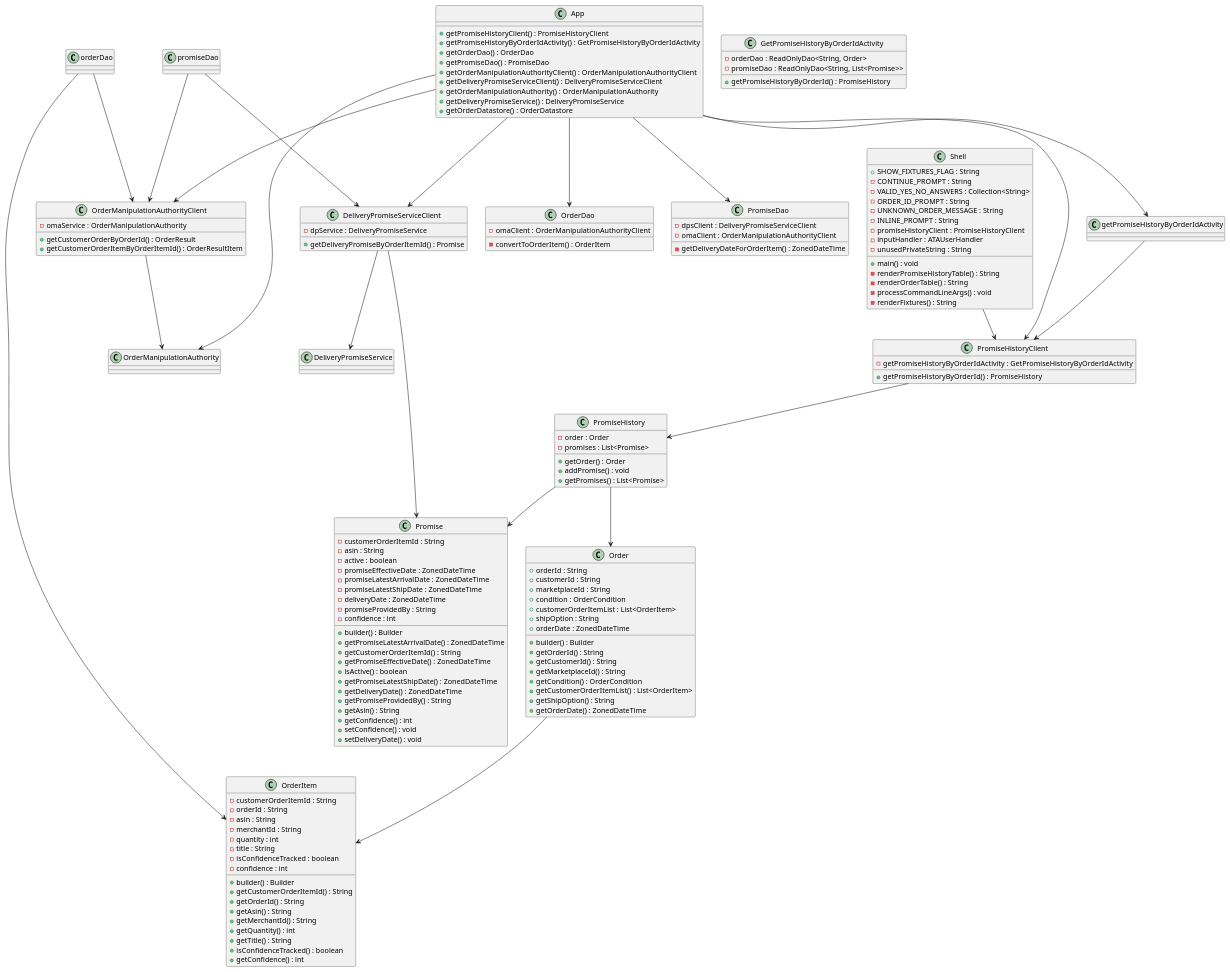
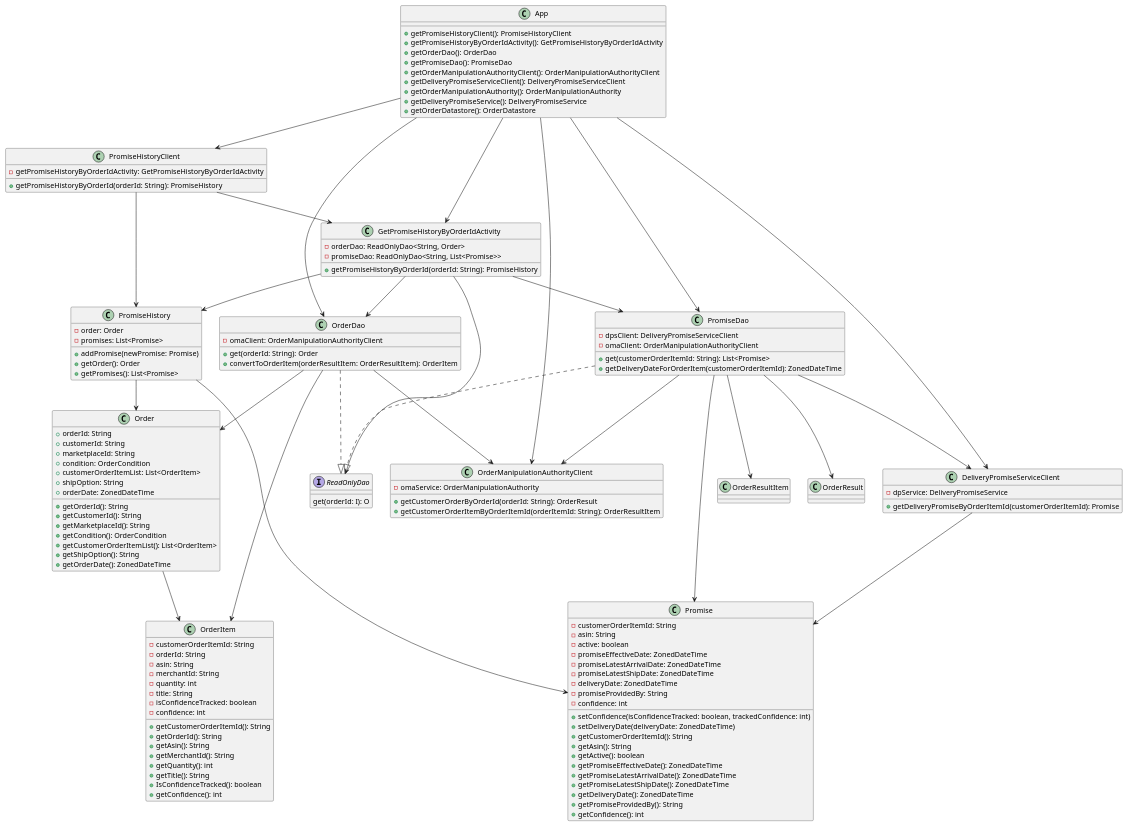
Before and after one commit to f-julie/bd-intermediate-java-project-me: the diagram in src/resources/deliveringonourpromise_CD.puml, drawn with PlantUML. The commit also changed 17 other files, not shown here.

```diff
--- a/src/resources/deliveringonourpromise_CD.puml
+++ b/src/resources/deliveringonourpromise_CD.puml
@@ -1,168 +1,165 @@
 @startuml
-'https://plantuml.com/class-diagram
 
-class Shell {
-    + SHOW_FIXTURES_FLAG : String
-    - CONTINUE_PROMPT : String
-    - VALID_YES_NO_ANSWERS : Collection<String>
-    - ORDER_ID_PROMPT : String
-    - UNKNOWN_ORDER_MESSAGE : String
-    - INLINE_PROMPT : String
-    - promiseHistoryClient : PromiseHistoryClient
-    - inputHandler : ATAUserHandler
-    - unusedPrivateString : String
+class GetPromiseHistoryByOrderIdActivity {
+    - orderDao: ReadOnlyDao<String, Order>
+    - promiseDao: ReadOnlyDao<String, List<Promise>>
 
-    + main() : void
-    - renderPromiseHistoryTable() : String
-    - renderOrderTable() : String
-    - processCommandLineArgs() : void
-    - renderFixtures() : String
+    + getPromiseHistoryByOrderId(orderId: String): PromiseHistory
+}
+
+class OrderDao {
+    - omaClient: OrderManipulationAuthorityClient
+
+    + get(orderId: String): Order
+    + convertToOrderItem(orderResultItem: OrderResultItem): OrderItem
+}
+
+class PromiseDao {
+    - dpsClient: DeliveryPromiseServiceClient
+    - omaClient: OrderManipulationAuthorityClient
+
+    + get(customerOrderItemId: String): List<Promise>
+    + getDeliveryDateForOrderItem(customerOrderItemId): ZonedDateTime
+}
+
+interface ReadOnlyDao {
+    get(orderId: I): O
+}
+
+class DeliveryPromiseServiceClient {
+    - dpService: DeliveryPromiseService
+
+    + getDeliveryPromiseByOrderItemId(customerOrderItemId): Promise
+}
+
+class OrderManipulationAuthorityClient {
+    - omaService: OrderManipulationAuthority
+
+    + getCustomerOrderByOrderId(orderId: String): OrderResult
+    + getCustomerOrderItemByOrderItemId(orderItemId: String): OrderResultItem
+}
+
+class PromiseHistoryClient {
+    - getPromiseHistoryByOrderIdActivity: GetPromiseHistoryByOrderIdActivity
+
+    + getPromiseHistoryByOrderId(orderId: String): PromiseHistory
+}
+
+class Order {
+    + orderId: String
+    + customerId: String
+    + marketplaceId: String
+    + condition: OrderCondition
+    + customerOrderItemList: List<OrderItem>
+    + shipOption: String
+    + orderDate: ZonedDateTime
+
+    + getOrderId(): String
+    + getCustomerId(): String
+    + getMarketplaceId(): String
+    + getCondition(): OrderCondition
+    + getCustomerOrderItemList(): List<OrderItem>
+    + getShipOption(): String
+    + getOrderDate(): ZonedDateTime
+}
+
+class OrderItem {
+    - customerOrderItemId: String
+    - orderId: String
+    - asin: String
+    - merchantId: String
+    - quantity: int
+    - title: String
+    - isConfidenceTracked: boolean
+    - confidence: int
+
+    + getCustomerOrderItemId(): String
+    + getOrderId(): String
+    + getAsin(): String
+    + getMerchantId(): String
+    + getQuantity(): int
+    + getTitle(): String
+    + IsConfidenceTracked(): boolean
+    + getConfidence(): int
+}
+
+class Promise {
+    - customerOrderItemId: String
+    - asin: String
+    - active: boolean
+    - promiseEffectiveDate: ZonedDateTime
+    - promiseLatestArrivalDate: ZonedDateTime
+    - promiseLatestShipDate: ZonedDateTime
+    - deliveryDate: ZonedDateTime
+    - promiseProvidedBy: String
+    - confidence: int
+
+    + setConfidence(isConfidenceTracked: boolean, trackedConfidence: int)
+    + setDeliveryDate(deliveryDate: ZonedDateTime)
+    + getCustomerOrderItemId(): String
+    + getAsin(): String
+    + getActive(): boolean
+    + getPromiseEffectiveDate(): ZonedDateTime
+    + getPromiseLatestArrivalDate(): ZonedDateTime
+    + getPromiseLatestShipDate(): ZonedDateTime
+    + getDeliveryDate(): ZonedDateTime
+    + getPromiseProvidedBy(): String
+    + getConfidence(): int
+}
+
+class PromiseHistory {
+    - order: Order
+    - promises: List<Promise>
+
+    + addPromise(newPromise: Promise)
+    + getOrder(): Order
+    + getPromises(): List<Promise>
 }
 
 class App {
-    + getPromiseHistoryClient() : PromiseHistoryClient
-    + getPromiseHistoryByOrderIdActivity() : GetPromiseHistoryByOrderIdActivity
-    + getOrderDao() : OrderDao
-    + getPromiseDao() : PromiseDao
-    + getOrderManipulationAuthorityClient() : OrderManipulationAuthorityClient
-    + getDeliveryPromiseServiceClient() : DeliveryPromiseServiceClient
-    + getOrderManipulationAuthority() : OrderManipulationAuthority
-    + getDeliveryPromiseService() : DeliveryPromiseService
-    + getOrderDatastore() : OrderDatastore
+    + getPromiseHistoryClient(): PromiseHistoryClient
+    + getPromiseHistoryByOrderIdActivity(): GetPromiseHistoryByOrderIdActivity
+    + getOrderDao(): OrderDao
+    + getPromiseDao(): PromiseDao
+    + getOrderManipulationAuthorityClient(): OrderManipulationAuthorityClient
+    + getDeliveryPromiseServiceClient(): DeliveryPromiseServiceClient
+    + getOrderManipulationAuthority(): OrderManipulationAuthority
+    + getDeliveryPromiseService(): DeliveryPromiseService
+    + getOrderDatastore(): OrderDatastore
 }
 
-class  GetPromiseHistoryByOrderIdActivity {
-    - orderDao : ReadOnlyDao<String, Order>
-    - promiseDao : ReadOnlyDao<String, List<Promise>>
+GetPromiseHistoryByOrderIdActivity --> ReadOnlyDao
+GetPromiseHistoryByOrderIdActivity --> PromiseHistory
+GetPromiseHistoryByOrderIdActivity --> OrderDao
+GetPromiseHistoryByOrderIdActivity --> PromiseDao
 
-    + getPromiseHistoryByOrderId() : PromiseHistory
-}
+OrderDao --> OrderManipulationAuthorityClient
+OrderDao --> Order
+OrderDao --> OrderItem
+OrderDao ..|> ReadOnlyDao
 
-class OrderDao {
-    - omaClient : OrderManipulationAuthorityClient
+PromiseDao --> DeliveryPromiseServiceClient
+PromiseDao --> OrderManipulationAuthorityClient
+PromiseDao --> Promise
+PromiseDao --> OrderResultItem
+PromiseDao --> OrderResult
+PromiseDao ..|> ReadOnlyDao
 
-    - convertToOrderItem() : OrderItem
-}
+DeliveryPromiseServiceClient --> Promise
 
-class PromiseDao {
-    - dpsClient : DeliveryPromiseServiceClient
-    - omaClient : OrderManipulationAuthorityClient
+PromiseHistoryClient --> GetPromiseHistoryByOrderIdActivity
+PromiseHistoryClient --> PromiseHistory
 
-    - getDeliveryDateForOrderItem() : ZonedDateTime
-}
+Order --> OrderItem
 
-class DeliveryPromiseServiceClient {
-    - dpService : DeliveryPromiseService
+PromiseHistory --> Order
+PromiseHistory --> Promise
 
-    + getDeliveryPromiseByOrderItemId() : Promise
-}
-
-class OrderManipulationAuthorityClient {
-    - omaService : OrderManipulationAuthority
-
-    + getCustomerOrderByOrderId() : OrderResult
-    + getCustomerOrderItemByOrderItemId() : OrderResultItem
-}
-
-class PromiseHistoryClient {
-    - getPromiseHistoryByOrderIdActivity : GetPromiseHistoryByOrderIdActivity
-
-    + getPromiseHistoryByOrderId() : PromiseHistory
-}
-
-class Order {
-    + orderId : String
-    + customerId : String
-    + marketplaceId : String
-    + condition : OrderCondition
-    + customerOrderItemList : List<OrderItem>
-    + shipOption : String
-    + orderDate : ZonedDateTime
-
-    + builder() : Builder
-    + getOrderId() : String
-    + getCustomerId() : String
-    + getMarketplaceId() : String
-    + getCondition() : OrderCondition
-    + getCustomerOrderItemList() : List<OrderItem>
-    + getShipOption() : String
-    + getOrderDate() : ZonedDateTime
-}
-
-class OrderItem {
-    - customerOrderItemId : String
-    - orderId : String
-    - asin : String
-    - merchantId : String
-    - quantity : int
-    - title : String
-    - isConfidenceTracked : boolean
-    - confidence : int
-
-    + builder() : Builder
-    + getCustomerOrderItemId() : String
-    + getOrderId() : String
-    + getAsin() : String
-    + getMerchantId() : String
-    + getQuantity() : int
-    + getTitle() : String
-    + isConfidenceTracked() : boolean
-    + getConfidence() : int
-}
-
-class Promise {
-    - customerOrderItemId : String
-    - asin : String
-    - active : boolean
-    - promiseEffectiveDate : ZonedDateTime
-    - promiseLatestArrivalDate : ZonedDateTime
-    - promiseLatestShipDate : ZonedDateTime
-    - deliveryDate : ZonedDateTime
-    - promiseProvidedBy : String
-    - confidence : int
-
-    + builder() : Builder
-    + getPromiseLatestArrivalDate() : ZonedDateTime
-    + getCustomerOrderItemId() : String
-    + getPromiseEffectiveDate() : ZonedDateTime
-    + isActive() : boolean
-    + getPromiseLatestShipDate() : ZonedDateTime
-    + getDeliveryDate() : ZonedDateTime
-    + getPromiseProvidedBy() : String
-    + getAsin() : String
-    + getConfidence() : int
-    + setConfidence() : void
-    + setDeliveryDate() : void
-}
-
-class PromiseHistory {
-    - order : Order
-    - promises : List<Promise>
-
-    + getOrder() : Order
-    + addPromise() : void
-    + getPromises() : List<Promise>
-}
-
-Shell --> PromiseHistoryClient
 App --> PromiseHistoryClient
-App --> getPromiseHistoryByOrderIdActivity
+App --> GetPromiseHistoryByOrderIdActivity
 App --> OrderDao
 App --> PromiseDao
 App --> OrderManipulationAuthorityClient
 App --> DeliveryPromiseServiceClient
-App --> OrderManipulationAuthority
-getPromiseHistoryByOrderIdActivity --> PromiseHistoryClient
-orderDao --> OrderManipulationAuthorityClient
-orderDao --> OrderItem
-promiseDao --> DeliveryPromiseServiceClient
-promiseDao --> OrderManipulationAuthorityClient
-DeliveryPromiseServiceClient --> DeliveryPromiseService
-OrderManipulationAuthorityClient --> OrderManipulationAuthority
-DeliveryPromiseServiceClient --> Promise
-PromiseHistoryClient --> PromiseHistory
-Order --> OrderItem
-PromiseHistory --> Order
-PromiseHistory --> Promise
 
 @enduml
```
